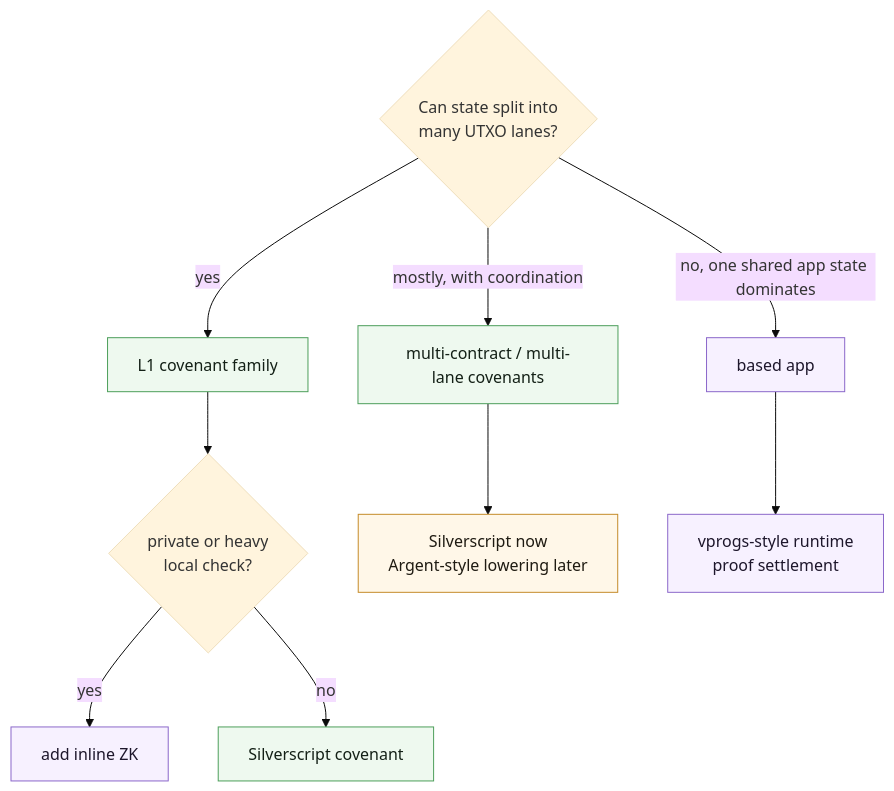
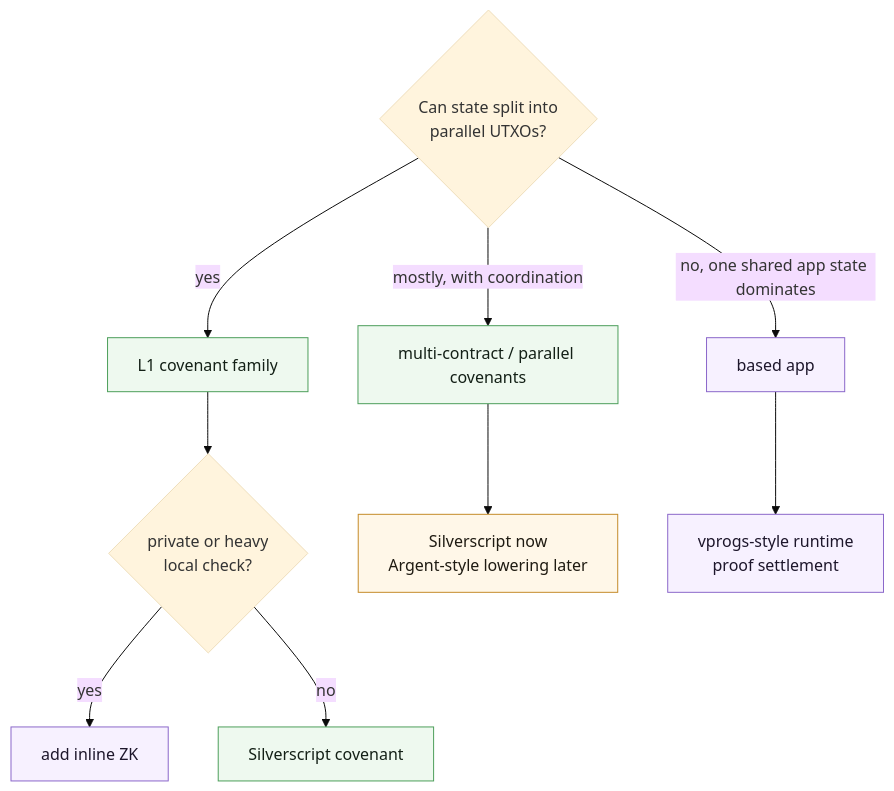
Before and after one commit to kaspanet/docs: the diagram in content/docs/toccata/decision-guide.mdx, drawn with Mermaid (base theme). The commit also changed other lines of this file and 4 other files, not shown here.

````diff
--- a/content/docs/toccata/decision-guide.mdx
+++ b/content/docs/toccata/decision-guide.mdx
@@ -21,18 +21,18 @@
 ```mermaid
 flowchart TD
     classDef cov fill:#eef9ef,stroke:#4d9f5b,color:#132016
     classDef zk fill:#f7f1ff,stroke:#8b68ca,color:#1d162b
     classDef warn fill:#fff7e8,stroke:#c58b2a,color:#1f1b12
 
-    A{"Can state split into<br/>many UTXO lanes?"}
+    A{"Can state split into<br/>parallel UTXOs?"}
     A -->|"yes"| C["L1 covenant family"]:::cov
-    A -->|"mostly, with coordination"| M["multi-contract / multi-lane covenants"]:::cov
+    A -->|"mostly, with coordination"| M["multi-contract / parallel covenants"]:::cov
     A -->|"no, one shared app state dominates"| B["based app"]:::zk
 
     C --> P{"private or heavy<br/>local check?"}
     P -->|"yes"| I["add inline ZK"]:::zk
     P -->|"no"| S["Silverscript covenant"]:::cov
 
     M --> G["Silverscript now<br/>Argent-style lowering later"]:::warn
     B --> V["vprogs-style runtime<br/>proof settlement"]:::zk
 ```
````
